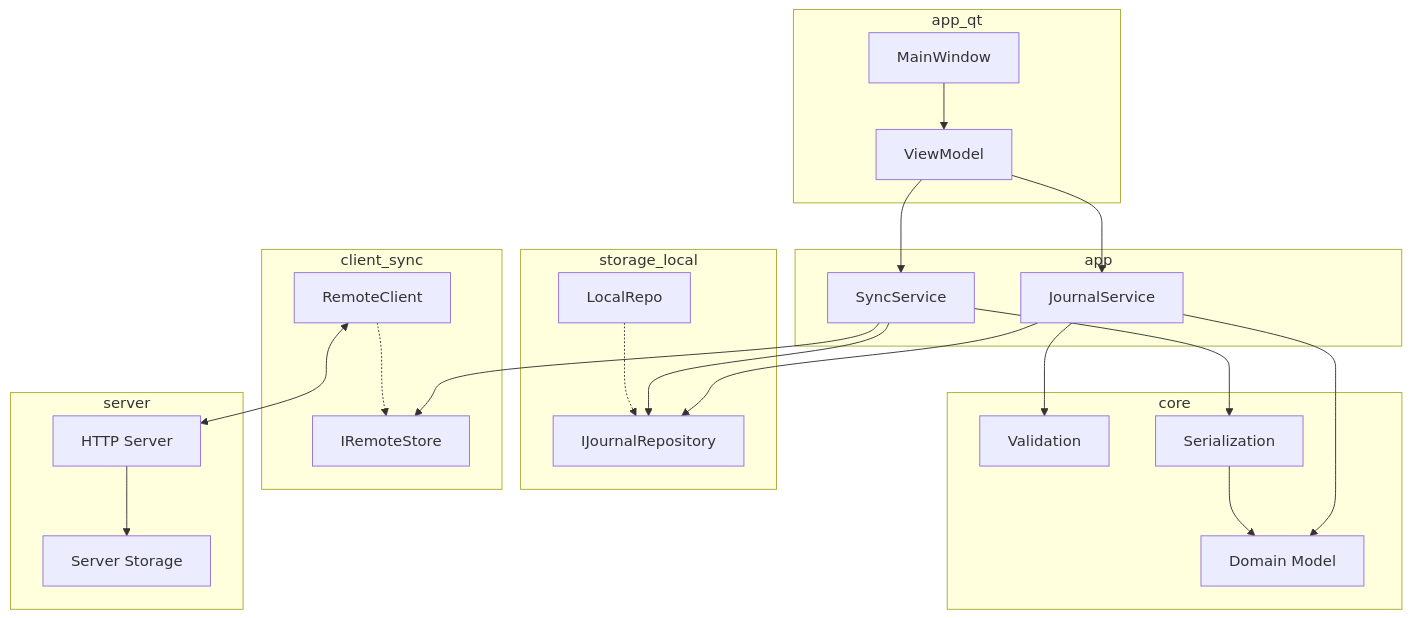
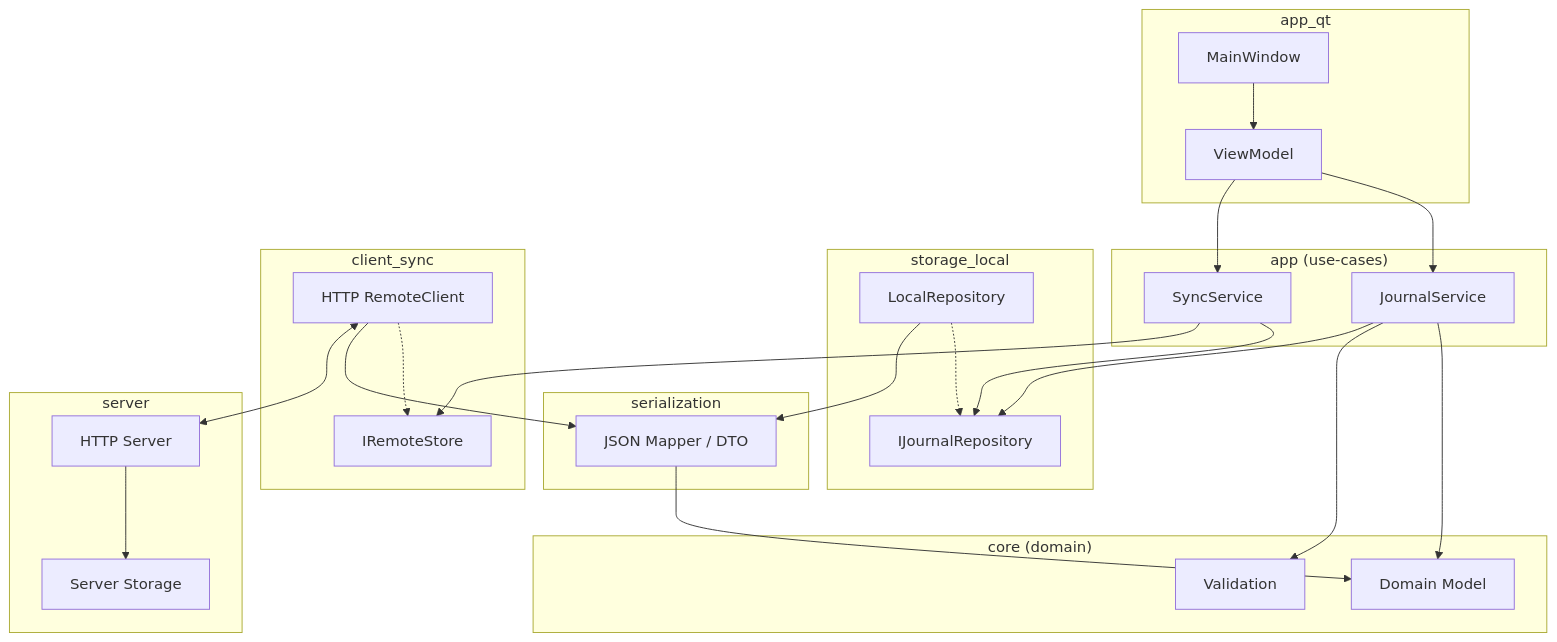
The diagram in doc/arch.md (Satkhar/journal_app), drawn with Mermaid before and after one commit. The commit also changed 1 other file, not shown here.

Commit message:
chore: или так

````diff
--- a/doc/arch.md
+++ b/doc/arch.md
@@ -21,52 +21,63 @@
 ```mermaid
-  flowchart TD
+flowchart TD
 
   subgraph UI["app_qt"]
     A[MainWindow]
     VM[ViewModel]
   end
 
-  subgraph APP["app"]
+  subgraph APP["app (use-cases)"]
     S[JournalService]
     SY[SyncService]
   end
 
-  subgraph CORE["core"]
+  subgraph CORE["core (domain)"]
     M[Domain Model]
     V[Validation]
-    SER[Serialization]
+  end
+
+  subgraph SER["serialization"]
+    SER1[JSON Mapper / DTO]
   end
 
   subgraph STORAGE["storage_local"]
     R1[IJournalRepository]
-    L[LocalRepo]
+    L[LocalRepository]
   end
 
   subgraph CLIENT["client_sync"]
-    API[RemoteClient]
     R2[IRemoteStore]
+    API[HTTP RemoteClient]
   end
 
   subgraph SERVER["server"]
     H[HTTP Server]
     ST[Server Storage]
   end
 
+  %% UI -> app
   A --> VM --> S
   VM --> SY
 
-  S --> R1
+  %% app -> domain
   S --> M
   S --> V
 
+  %% app -> storage / sync
+  S --> R1
   SY --> R1
   SY --> R2
-  SY --> SER
 
+  %% implementations
   L -.-> R1
   API -.-> R2
 
+  %% serialization usage
+  L --> SER1
+  API --> SER1
+  SER1 --> M
+
+  %% client <-> server
   API <--> H
   H --> ST
-  SER --> M
 ```
````
